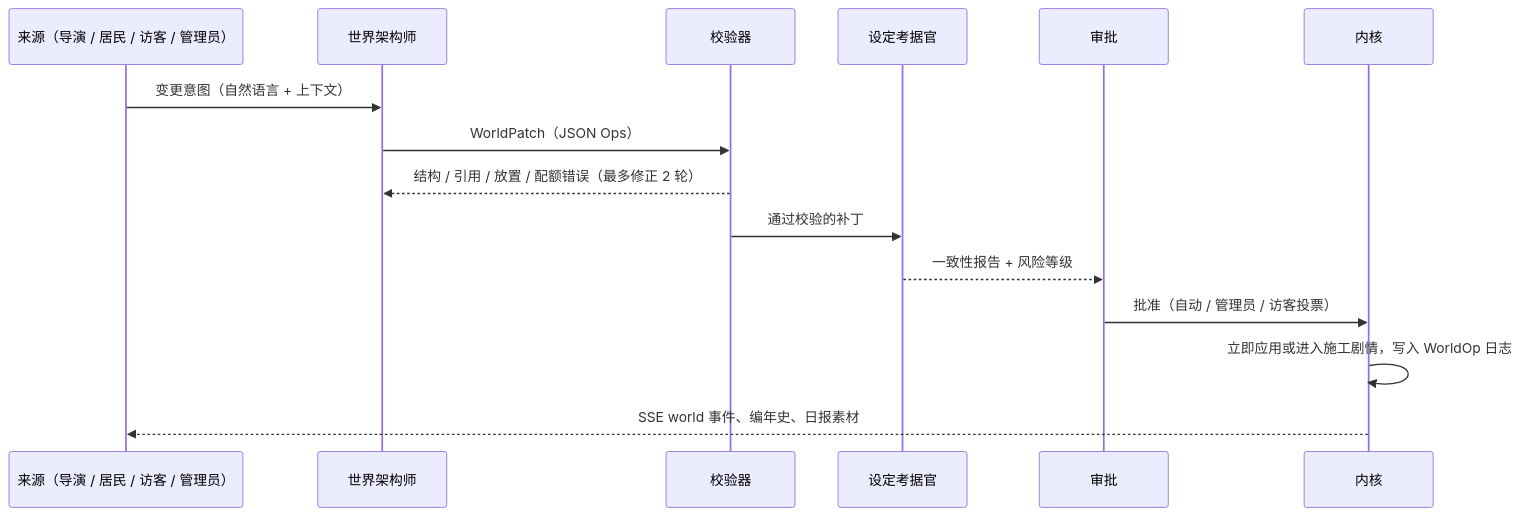
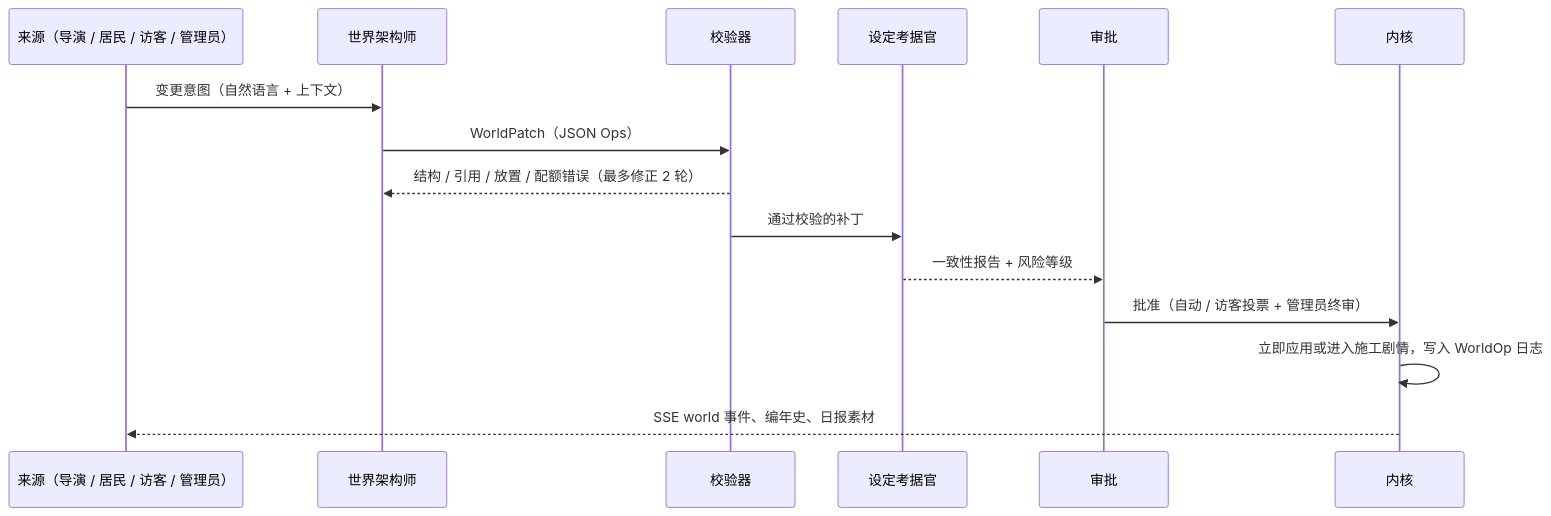
Before and after one commit to CD-ZTHC/ai-town: the third of 4 diagrams in docs/design/ai-world-evolution.md, drawn with Mermaid. The commit also changed other lines of this file, not shown here.

````diff
--- a/docs/design/ai-world-evolution.md
+++ b/docs/design/ai-world-evolution.md
@@ -381,17 +381,17 @@
 ```mermaid
 sequenceDiagram
   participant Src as 来源（导演 / 居民 / 访客 / 管理员）
   participant Arc as 世界架构师
   participant Val as 校验器
   participant Can as 设定考据官
   participant Gov as 审批
   participant Ker as 内核
   Src->>Arc: 变更意图（自然语言 + 上下文）
   Arc->>Val: WorldPatch（JSON Ops）
   Val-->>Arc: 结构 / 引用 / 放置 / 配额错误（最多修正 2 轮）
   Val->>Can: 通过校验的补丁
   Can-->>Gov: 一致性报告 + 风险等级
-  Gov->>Ker: 批准（自动 / 管理员 / 访客投票）
+  Gov->>Ker: 批准（自动 / 访客投票 + 管理员终审）
   Ker->>Ker: 立即应用或进入施工剧情，写入 WorldOp 日志
   Ker-->>Src: SSE world 事件、编年史、日报素材
 ```
````
